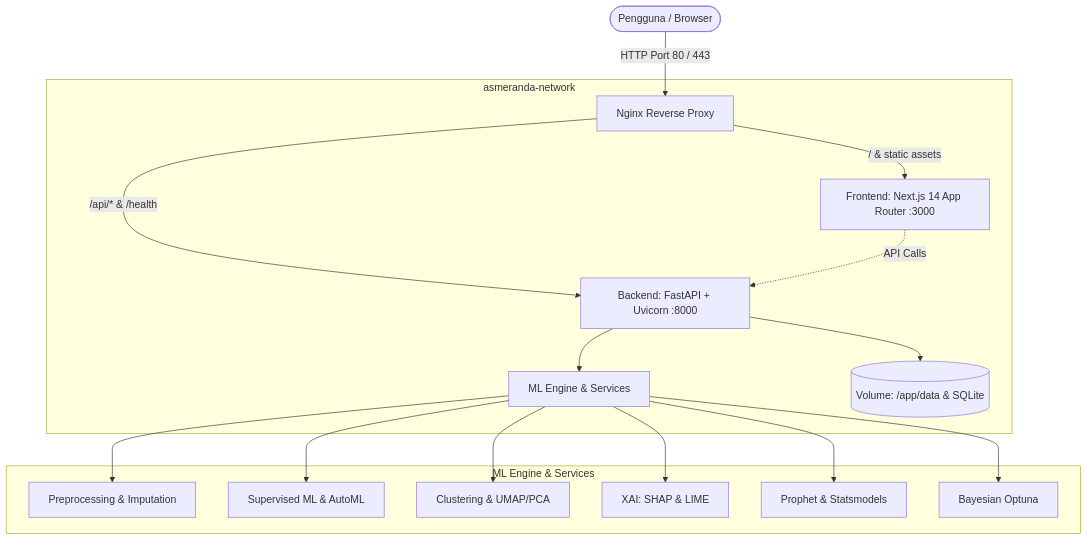
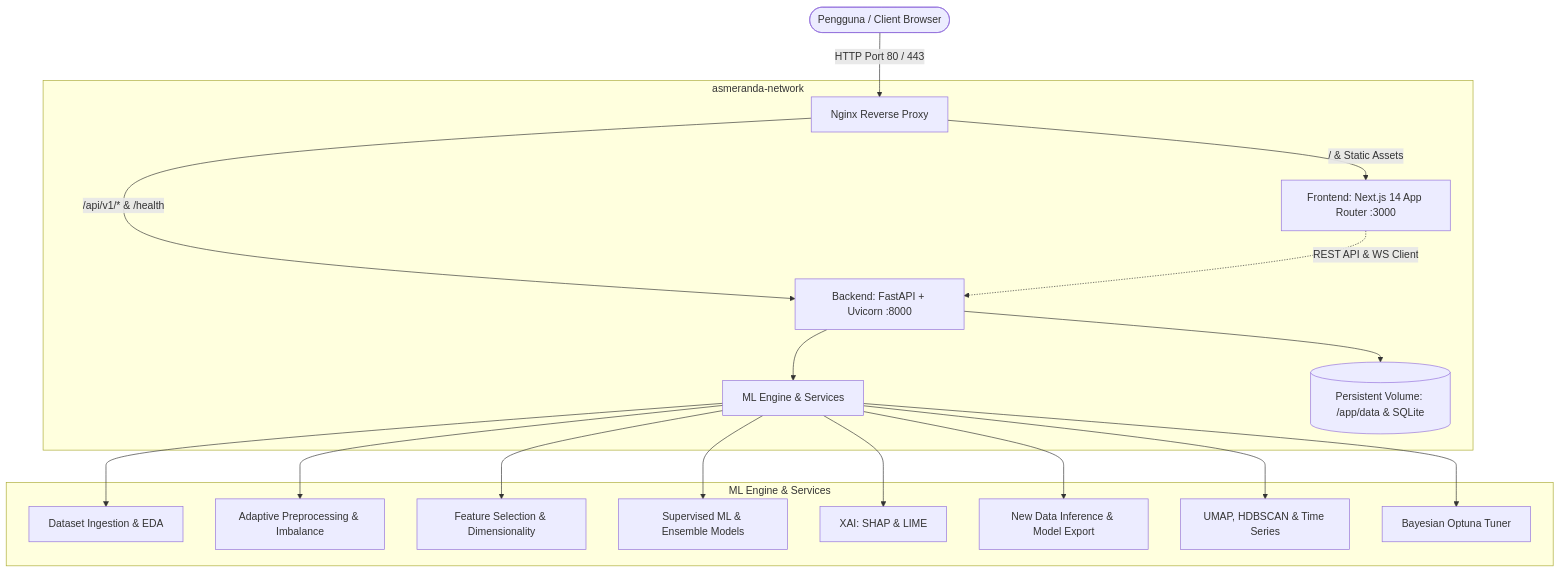
Before and after one commit to RadenAaKoesoemaWijaya/asmeranda-modular: the first of 3 diagrams in README.md, drawn with Mermaid. The commit also changed other lines of this file and 1 other file, not shown here.

````diff
--- a/README.md
+++ b/README.md
@@ -9,21 +11,23 @@
 ```mermaid
 graph TD
-    User([Pengguna / Browser]) -->|HTTP Port 80 / 443| Nginx[Nginx Reverse Proxy]
+    User([Pengguna / Client Browser]) -->|HTTP Port 80 / 443| Nginx[Nginx Reverse Proxy]
     
     subgraph Docker Network [asmeranda-network]
-        Nginx -->|/ & static assets| Frontend[Frontend: Next.js 14 App Router :3000]
-        Nginx -->|/api/* & /health| Backend[Backend: FastAPI + Uvicorn :8000]
-        Frontend -.->|API Calls| Backend
+        Nginx -->|/ & Static Assets| Frontend[Frontend: Next.js 14 App Router :3000]
+        Nginx -->|/api/v1/* & /health| Backend[Backend: FastAPI + Uvicorn :8000]
+        Frontend -.->|REST API & WS Client| Backend
         Backend --> CoreEngine[ML Engine & Services]
-        Backend --> Storage[(Volume: /app/data & SQLite)]
+        Backend --> Storage[(Persistent Volume: /app/data & SQLite)]
     end
 
     subgraph ML Engine & Services
-        CoreEngine --> Preprocessing[Preprocessing & Imputation]
-        CoreEngine --> Training[Supervised ML & AutoML]
-        CoreEngine --> Unsupervised[Clustering & UMAP/PCA]
+        CoreEngine --> IngestEDA[Dataset Ingestion & EDA]
+        CoreEngine --> Preprocessing[Adaptive Preprocessing & Imbalance]
+        CoreEngine --> FeatSelect[Feature Selection & Dimensionality]
+        CoreEngine --> Training[Supervised ML & Ensemble Models]
         CoreEngine --> Explainable[XAI: SHAP & LIME]
-        CoreEngine --> TimeSeries[Prophet & Statsmodels]
-        CoreEngine --> OptunaOpt[Bayesian Optuna]
+        CoreEngine --> Inference[New Data Inference & Model Export]
+        CoreEngine --> AdvancedML[UMAP, HDBSCAN & Time Series]
+        CoreEngine --> OptunaOpt[Bayesian Optuna Tuner]
     end
 ```
````
